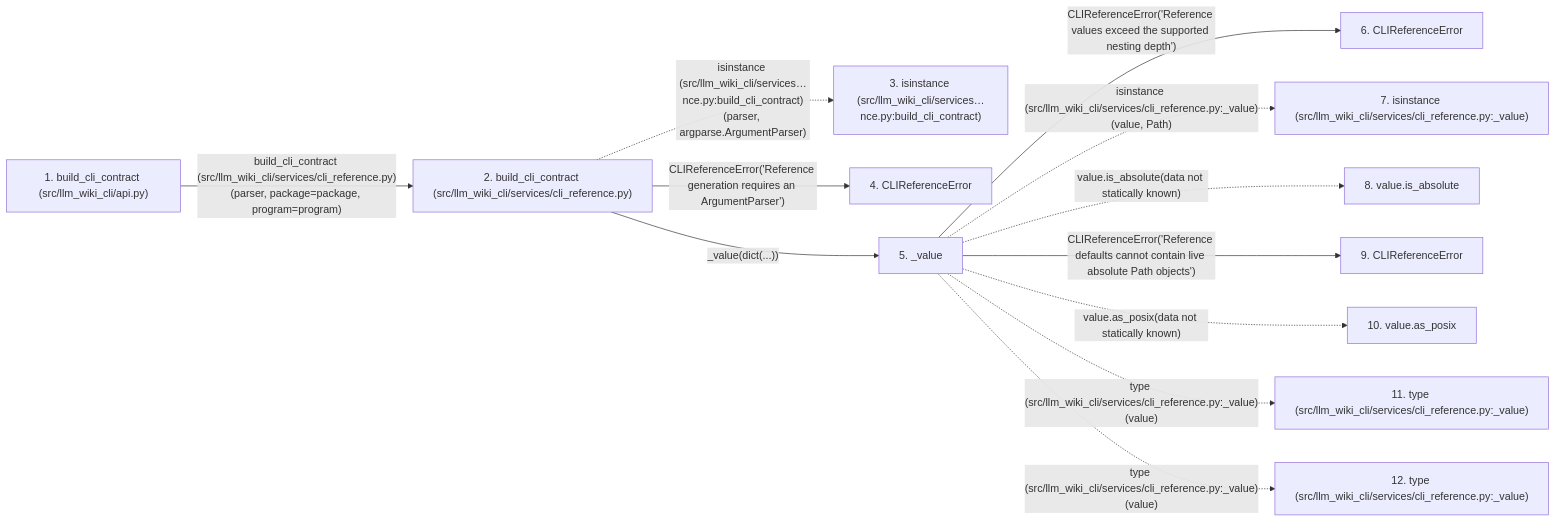
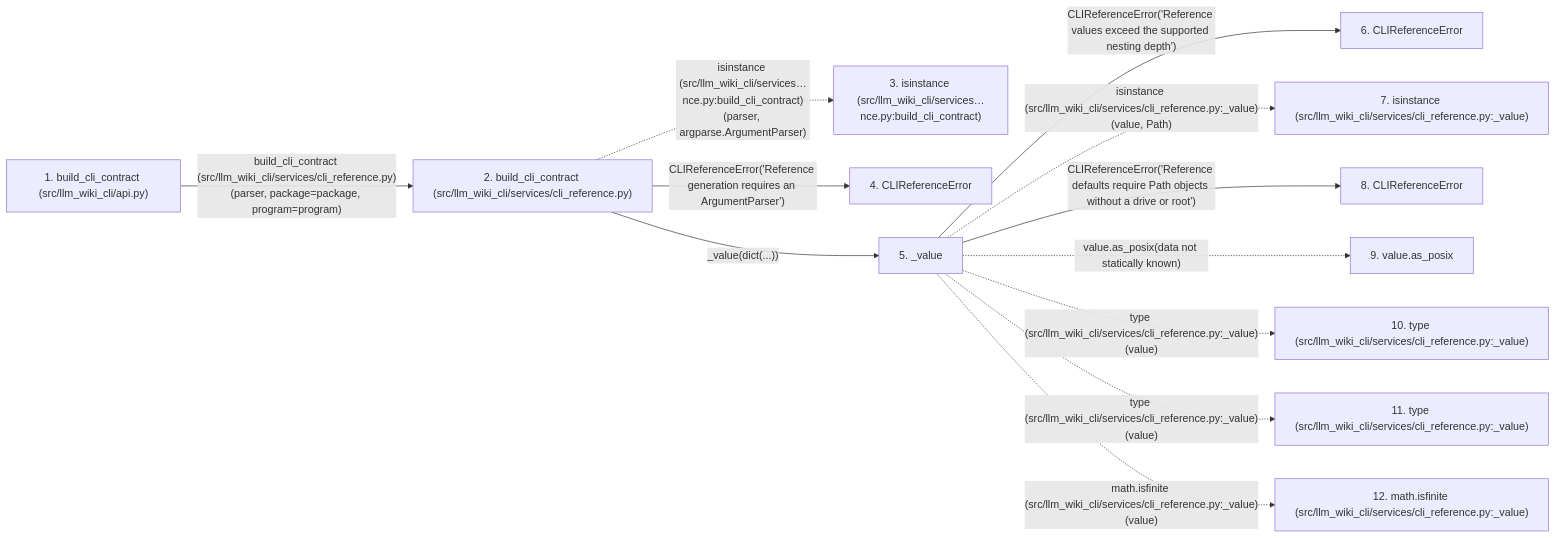
The second of 2 diagrams in docs/llm_wiki/flows/api-build_cli_contract.md (Denissvgn/python-wiki-llm), drawn with Mermaid before and after one commit. The commit also changed other lines of this file and 364 other files, not shown here.

````diff
--- a/docs/llm_wiki/flows/api-build_cli_contract.md
+++ b/docs/llm_wiki/flows/api-build_cli_contract.md
@@ -126,32 +126,32 @@
 ```mermaid
 flowchart LR
     s1["1. build_cli_contract (src/llm_wiki_cli/api.py)"]
     s2["2. build_cli_contract (src/llm_wiki_cli/services/cli_reference.py)"]
     s3["3. isinstance (src/llm_wiki_cli/services…nce.py:build_cli_contract)"]
     s4["4. CLIReferenceError"]
     s5["5. _value"]
     s6["6. CLIReferenceError"]
     s7["7. isinstance (src/llm_wiki_cli/services/cli_reference.py:_value)"]
-    s8["8. value.is_absolute"]
-    s9["9. CLIReferenceError"]
-    s10["10. value.as_posix"]
+    s8["8. CLIReferenceError"]
+    s9["9. value.as_posix"]
+    s10["10. type (src/llm_wiki_cli/services/cli_reference.py:_value)"]
     s11["11. type (src/llm_wiki_cli/services/cli_reference.py:_value)"]
-    s12["12. type (src/llm_wiki_cli/services/cli_reference.py:_value)"]
+    s12["12. math.isfinite (src/llm_wiki_cli/services/cli_reference.py:_value)"]
     s1 -->|"build_cli_contract (src/llm_wiki_cli/services/cli_reference.py)(parser, package=package, program=program)"| s2
     s2 -. "isinstance (src/llm_wiki_cli/services…nce.py:build_cli_contract)(parser, argparse.ArgumentParser)" .-> s3
     s2 -->|"CLIReferenceError('Reference generation requires an ArgumentParser')"| s4
     s2 -->|"_value(dict(...))"| s5
     s5 -->|"CLIReferenceError('Reference values exceed the supported nesting depth')"| s6
     s5 -. "isinstance (src/llm_wiki_cli/services/cli_reference.py:_value)(value, Path)" .-> s7
-    s5 -. "value.is_absolute(data not statically known)" .-> s8
-    s5 -->|"CLIReferenceError('Reference defaults cannot contain live absolute Path objects')"| s9
-    s5 -. "value.as_posix(data not statically known)" .-> s10
+    s5 -->|"CLIReferenceError('Reference defaults require Path objects without a drive or root')"| s8
+    s5 -. "value.as_posix(data not statically known)" .-> s9
+    s5 -. "type (src/llm_wiki_cli/services/cli_reference.py:_value)(value)" .-> s10
     s5 -. "type (src/llm_wiki_cli/services/cli_reference.py:_value)(value)" .-> s11
-    s5 -. "type (src/llm_wiki_cli/services/cli_reference.py:_value)(value)" .-> s12
+    s5 -. "math.isfinite (src/llm_wiki_cli/services/cli_reference.py:_value)(value)" .-> s12
     click s1 "../modules/api.md"
     click s2 "../modules/cli_reference.md"
     click s4 "../modules/cli_reference.md"
     click s5 "../modules/cli_reference.md"
     click s6 "../modules/cli_reference.md"
-    click s9 "../modules/cli_reference.md"
+    click s8 "../modules/cli_reference.md"
 ```
````
